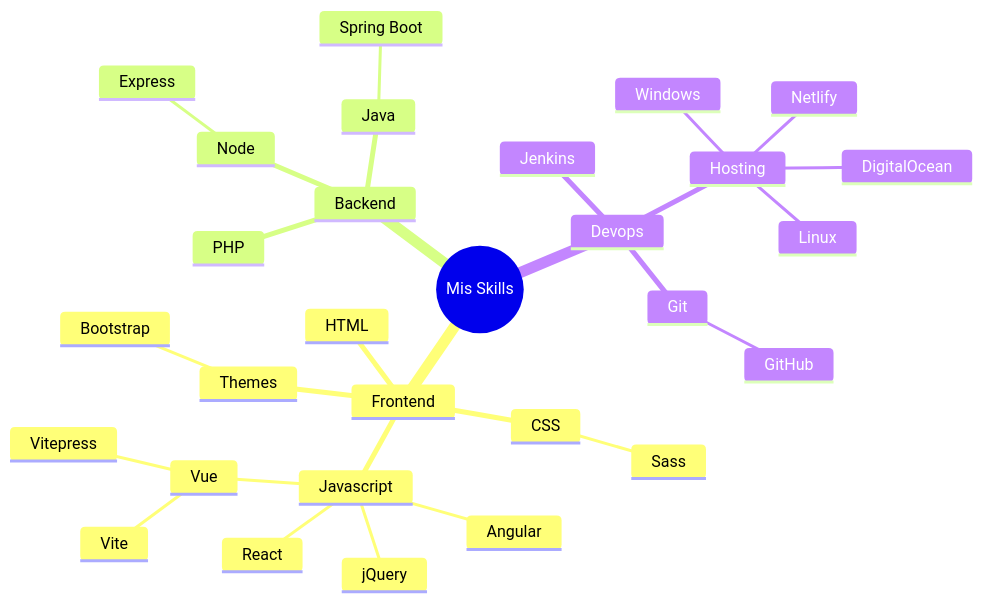
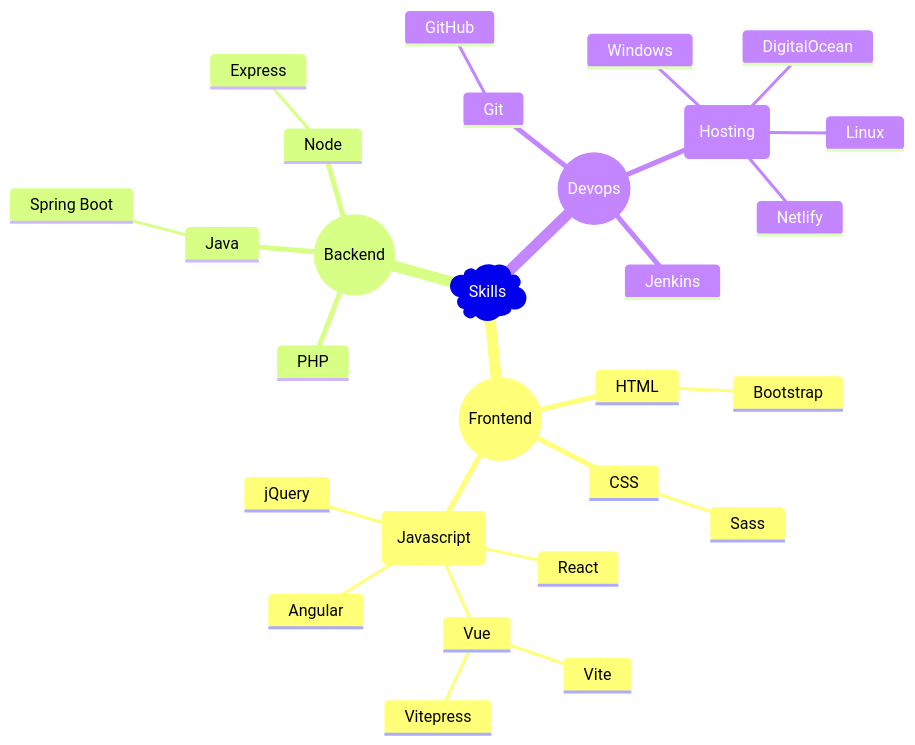
Before and after one commit to akobashikawa/vitepress-akcstudio: the first of 3 diagrams in docs/index.md, drawn with Mermaid. The commit also changed other lines of this file and 3 other files, not shown here.

````diff
--- a/docs/index.md
+++ b/docs/index.md
@@ -51,33 +54,32 @@
 ```mermaid
 
 mindmap
-  root((Mis Skills))
-    Frontend
+  root)Skills(
+    ((Frontend))
       HTML
+        Bootstrap
       CSS
         Sass
-      Javascript
+      (Javascript)
         jQuery
         Vue
           Vite
           Vitepress
         Angular
         React
-      Themes
-        Bootstrap
-    Backend
+    ((Backend))
       Node
         Express
       PHP
       Java
         Spring Boot
-    Devops
+    ((Devops))
       Git
         GitHub
       Jenkins
-      Hosting
+      (Hosting)
         Windows
         Linux
         DigitalOcean
         Netlify
 ```
````
